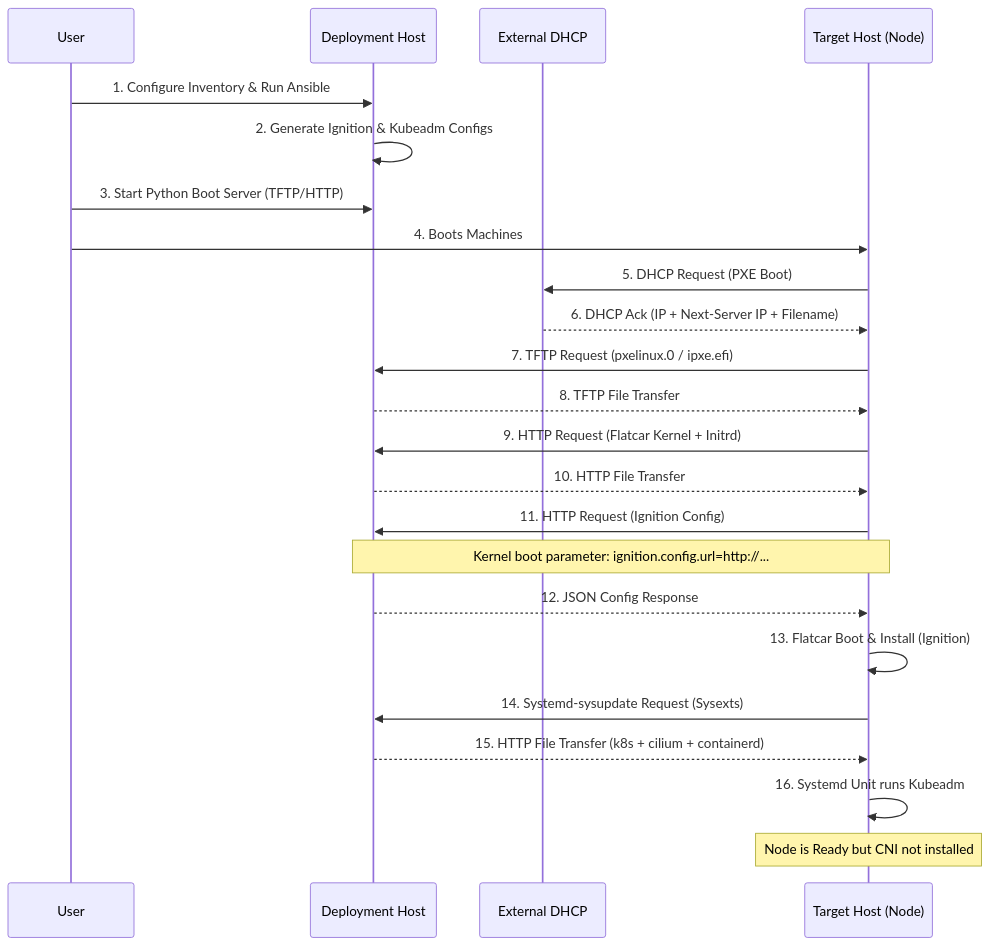
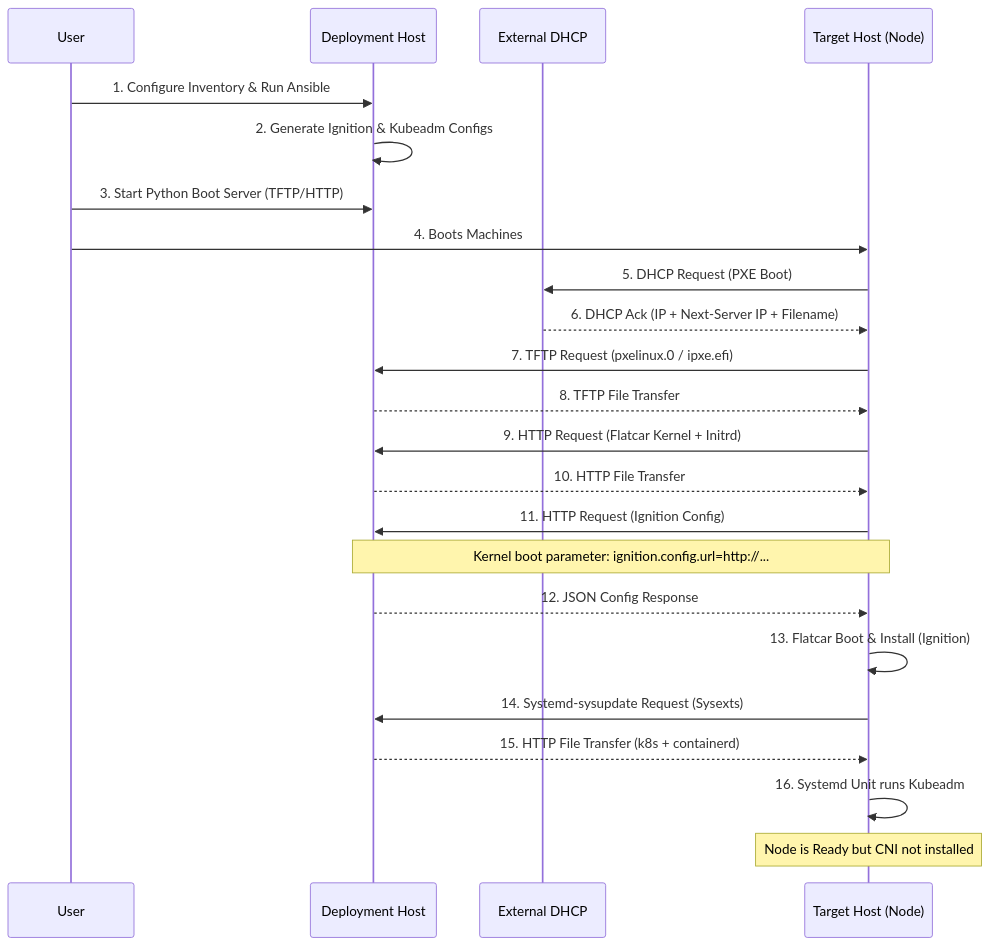
One commit to JanWelker/homelab changed the first of 2 diagrams in architecture.md. Above: the diagram before and after it, drawn with Mermaid. The commit also changed other lines of this file and 2 other files, not shown here.

First line of the commit message:
docs: bring README and architecture docs up to date

````diff
--- a/architecture.md
+++ b/architecture.md
@@ -27,34 +27,34 @@
 ```mermaid
 sequenceDiagram
     participant Admin as User
     participant Deploy as Deployment Host
     participant DHCP as External DHCP
     participant Target as Target Host (Node)
 
     Admin->>Deploy: 1. Configure Inventory & Run Ansible
     Deploy->>Deploy: 2. Generate Ignition & Kubeadm Configs
     Admin->>Deploy: 3. Start Python Boot Server (TFTP/HTTP)
     Admin->>Target: 4. Boots Machines
     
     Target->>DHCP: 5. DHCP Request (PXE Boot)
     DHCP-->>Target: 6. DHCP Ack (IP + Next-Server IP + Filename)
     
     Target->>Deploy: 7. TFTP Request (pxelinux.0 / ipxe.efi)
     Deploy-->>Target: 8. TFTP File Transfer
     
     Target->>Deploy: 9. HTTP Request (Flatcar Kernel + Initrd)
     Deploy-->>Target: 10. HTTP File Transfer
     
     Target->>Deploy: 11. HTTP Request (Ignition Config)
     Note over Target,Deploy: Kernel boot parameter: ignition.config.url=http://...
     Deploy-->>Target: 12. JSON Config Response
     
     Target->>Target: 13. Flatcar Boot & Install (Ignition)
     
     Target->>Deploy: 14. Systemd-sysupdate Request (Sysexts)
-    Deploy-->>Target: 15. HTTP File Transfer (k8s + cilium + containerd)
+    Deploy-->>Target: 15. HTTP File Transfer (k8s + containerd)
     
     Target->>Target: 16. Systemd Unit runs Kubeadm
     Note over Target: Node is Ready but CNI not installed
 
 ```
````
